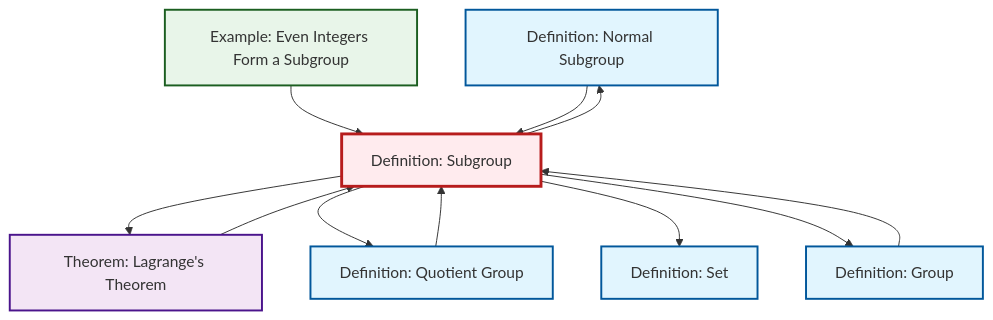
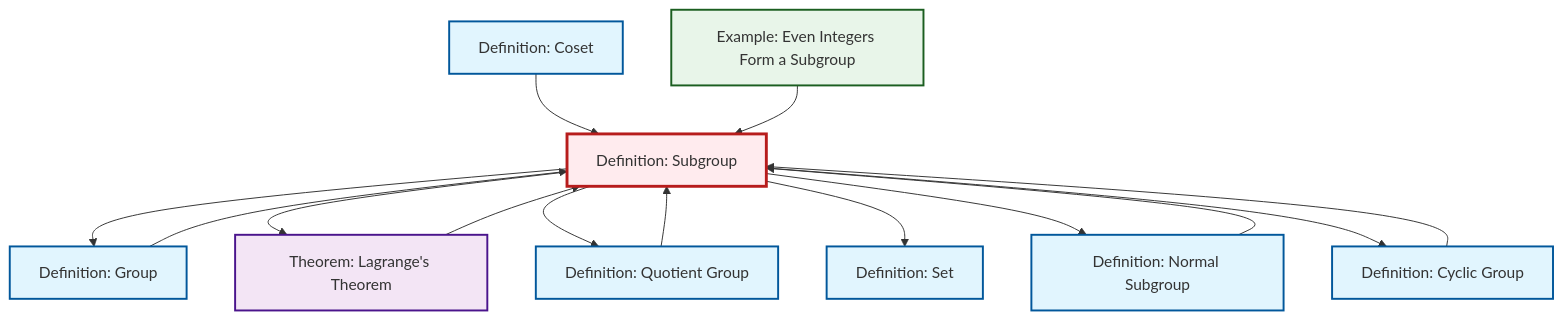
Before and after one commit to RK0429/ModernMath: the diagram in content/ja/algebra/def-subgroup.qmd, drawn with Mermaid. The commit also changed 417 other files, not shown here.

````diff
--- a/content/ja/algebra/def-subgroup.qmd
+++ b/content/ja/algebra/def-subgroup.qmd
@@ -53,33 +53,40 @@
 ```{mermaid}
 %%| fig-cap: "Local dependency graph"
 graph TD
     classDef definition fill:#e1f5fe,stroke:#01579b,stroke-width:2px
     classDef theorem fill:#f3e5f5,stroke:#4a148c,stroke-width:2px
     classDef axiom fill:#fff3e0,stroke:#e65100,stroke-width:2px
     classDef example fill:#e8f5e9,stroke:#1b5e20,stroke-width:2px
     classDef current fill:#ffebee,stroke:#b71c1c,stroke-width:3px
+    ex-even-integers-subgroup["Example: Even Integers Form a Subgroup"]:::example
+    def-cyclic-group["Definition: Cyclic Group"]:::definition
+    def-coset["Definition: Coset"]:::definition
     def-normal-subgroup["Definition: Normal Subgroup"]:::definition
+    def-quotient-group["Definition: Quotient Group"]:::definition
     def-subgroup["Definition: Subgroup"]:::definition
+    def-group["Definition: Group"]:::definition
     def-set["Definition: Set"]:::definition
-    def-group["Definition: Group"]:::definition
-    def-quotient-group["Definition: Quotient Group"]:::definition
     thm-lagrange["Theorem: Lagrange's Theorem"]:::theorem
-    ex-even-integers-subgroup["Example: Even Integers Form a Subgroup"]:::example
+    def-coset --> def-subgroup
+    thm-lagrange --> def-subgroup
+    def-group --> def-subgroup
+    def-subgroup --> def-group
+    def-normal-subgroup --> def-subgroup
+    def-quotient-group --> def-subgroup
     ex-even-integers-subgroup --> def-subgroup
     def-subgroup --> thm-lagrange
     def-subgroup --> def-quotient-group
-    thm-lagrange --> def-subgroup
-    def-quotient-group --> def-subgroup
+    def-subgroup --> def-set
     def-subgroup --> def-normal-subgroup
-    def-subgroup --> def-set
-    def-normal-subgroup --> def-subgroup
-    def-group --> def-subgroup
-    def-subgroup --> def-group
+    def-cyclic-group --> def-subgroup
+    def-subgroup --> def-cyclic-group
     class def-subgroup current
+    click ex-even-integers-subgroup "ex-even-integers-subgroup.html" "Example: Even Integers Form a Subgroupへ"
+    click def-cyclic-group "def-cyclic-group.html" "Definition: Cyclic Groupへ"
+    click def-coset "def-coset.html" "Definition: Cosetへ"
     click def-normal-subgroup "def-normal-subgroup.html" "Definition: Normal Subgroupへ"
+    click def-quotient-group "def-quotient-group.html" "Definition: Quotient Groupへ"
+    click def-group "def-group.html" "Definition: Groupへ"
     click def-set "def-set.html" "Definition: Setへ"
-    click def-group "def-group.html" "Definition: Groupへ"
-    click def-quotient-group "def-quotient-group.html" "Definition: Quotient Groupへ"
     click thm-lagrange "thm-lagrange.html" "Theorem: Lagrange's Theoremへ"
-    click ex-even-integers-subgroup "ex-even-integers-subgroup.html" "Example: Even Integers Form a Subgroupへ"
 ```
````
